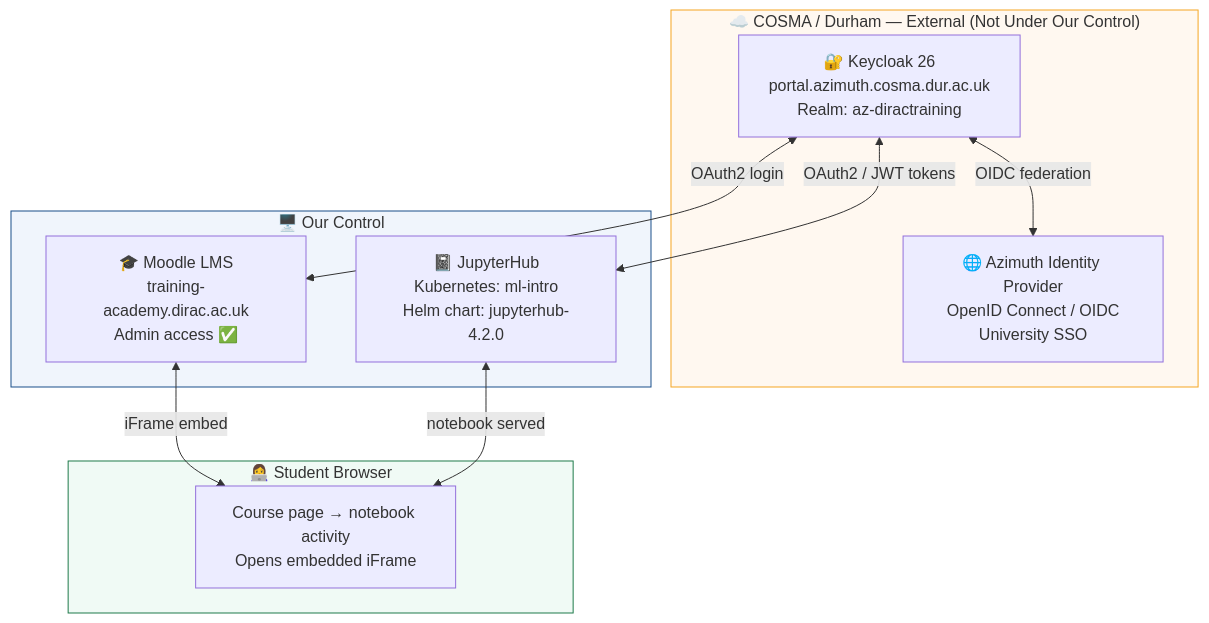
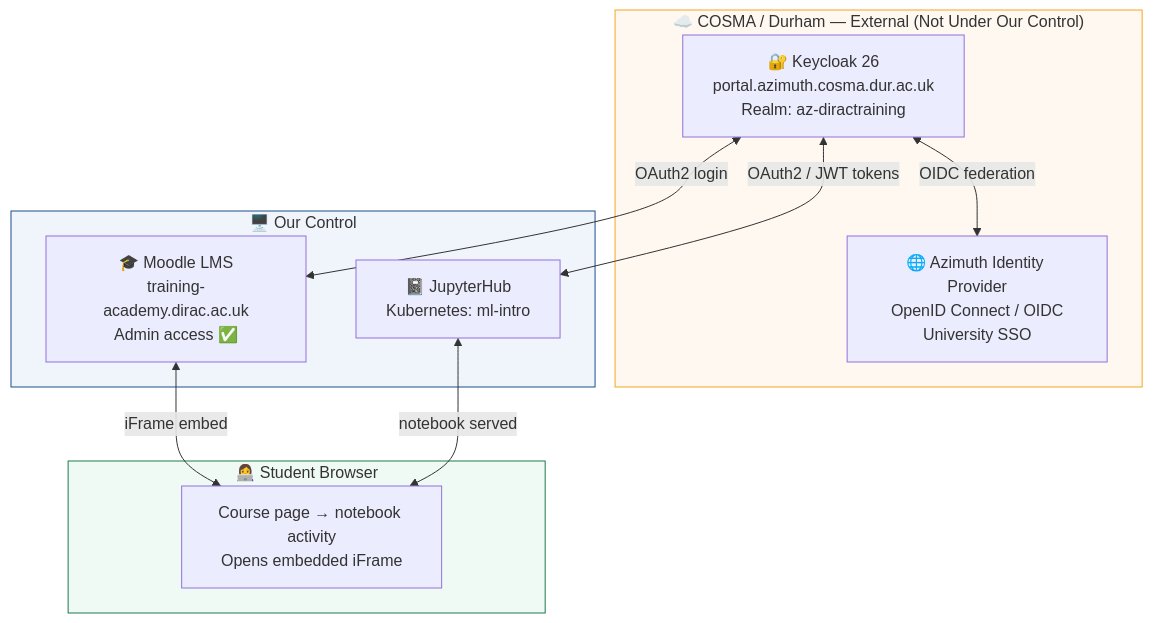
The diagram in moodle_jupyterhub.md (gokmenkilic/ML-Intro), drawn with Mermaid before and after one commit. The commit also changed other lines of this file, not shown here.

Commit message:
remore helm char info

````diff
--- a/moodle_jupyterhub.md
+++ b/moodle_jupyterhub.md
@@ -32,26 +32,26 @@
 ```mermaid
 graph TD
     subgraph COSMA["☁️ COSMA / Durham  —  External (Not Under Our Control)"]
         KC["🔐 Keycloak 26<br/>portal.azimuth.cosma.dur.ac.uk<br/>Realm: az-diractraining"]
         AZ["🌐 Azimuth Identity Provider<br/>OpenID Connect / OIDC<br/>University SSO"]
         KC <-->|"OIDC federation"| AZ
     end
 
     subgraph OURS["🖥️ Our Control"]
-        ML["📓 JupyterHub<br/>Kubernetes: ml-intro<br/>Helm chart: jupyterhub-4.2.0"]
+        ML["📓 JupyterHub<br/>Kubernetes: ml-intro<br/>"]
         MO["🎓 Moodle LMS<br/>training-academy.dirac.ac.uk<br/>Admin access ✅"]
     end
 
     subgraph STUDENT["👩‍💻 Student Browser"]
         BR["Course page → notebook activity<br/>Opens embedded iFrame"]
     end
 
     KC <-->|"OAuth2 / JWT tokens"| ML
     KC <-->|"OAuth2 login"| MO
     MO <-->|"iFrame embed"| BR
     ML <-->|"notebook served"| BR
 
     style COSMA fill:#fff8f0,stroke:#f5a623
     style OURS fill:#f0f5fc,stroke:#1a4f8a
     style STUDENT fill:#f0faf5,stroke:#1e7a4a
 ```
````
